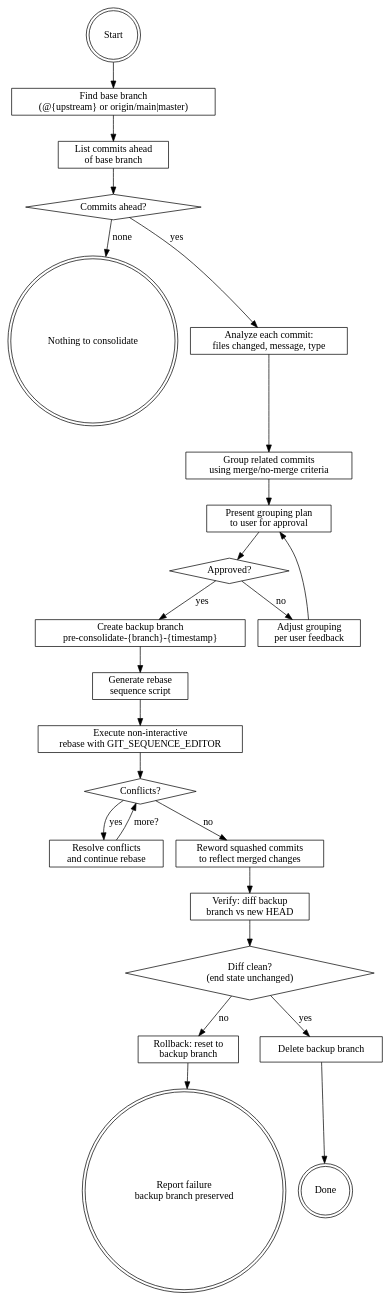
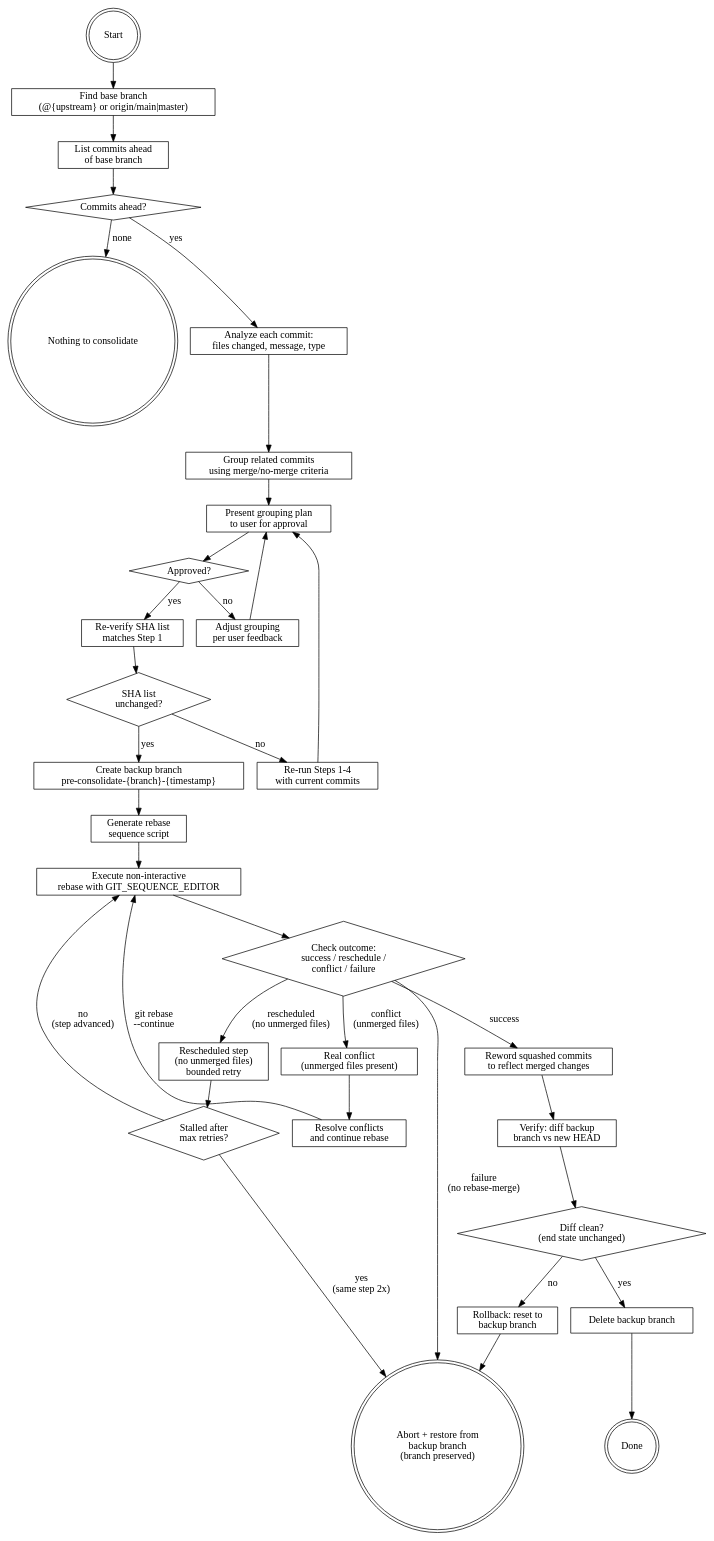
The diagram in consolidate-commits/SKILL.md (razorblade3975/claude-skills), drawn with Graphviz before and after one commit. The commit also changed other lines of this file, not shown here.

First line of the commit message:
update(consolidate-commits): add rescheduling handling and SHA re-verification

````diff
--- a/consolidate-commits/SKILL.md
+++ b/consolidate-commits/SKILL.md
@@ -18,52 +18,68 @@
 ```dot
 digraph consolidate_commits {
     rankdir=TB;
 
     start [label="Start" shape=doublecircle];
     find_base [label="Find base branch\n(@{upstream} or origin/main|master)" shape=box];
     list_commits [label="List commits ahead\nof base branch" shape=box];
     no_commits [label="Nothing to consolidate" shape=doublecircle];
     has_commits [label="Commits ahead?" shape=diamond];
     analyze [label="Analyze each commit:\nfiles changed, message, type" shape=box];
     group [label="Group related commits\nusing merge/no-merge criteria" shape=box];
     present [label="Present grouping plan\nto user for approval" shape=box];
     approved [label="Approved?" shape=diamond];
     adjust [label="Adjust grouping\nper user feedback" shape=box];
+    reverify [label="Re-verify SHA list\nmatches Step 1" shape=box];
+    sha_match [label="SHA list\nunchanged?" shape=diamond];
+    reanalyze [label="Re-run Steps 1-4\nwith current commits" shape=box];
     backup [label="Create backup branch\npre-consolidate-{branch}-{timestamp}" shape=box];
     gen_script [label="Generate rebase\nsequence script" shape=box];
     rebase [label="Execute non-interactive\nrebase with GIT_SEQUENCE_EDITOR" shape=box];
-    conflicts [label="Conflicts?" shape=diamond];
+    check_outcome [label="Check outcome:\nsuccess / reschedule /\nconflict / failure" shape=diamond];
+    reschedule [label="Rescheduled step\n(no unmerged files)\nbounded retry" shape=box];
+    stalled [label="Stalled after\nmax retries?" shape=diamond];
+    conflicts [label="Real conflict\n(unmerged files present)" shape=box];
     resolve [label="Resolve conflicts\nand continue rebase" shape=box];
     reword [label="Reword squashed commits\nto reflect merged changes" shape=box];
     verify [label="Verify: diff backup\nbranch vs new HEAD" shape=box];
     diff_clean [label="Diff clean?\n(end state unchanged)" shape=diamond];
     rollback [label="Rollback: reset to\nbackup branch" shape=box];
     cleanup [label="Delete backup branch" shape=box];
     done [label="Done" shape=doublecircle];
-    failed [label="Report failure\nbackup branch preserved" shape=doublecircle];
+    failed [label="Abort + restore from\nbackup branch\n(branch preserved)" shape=doublecircle];
 
     start -> find_base;
     find_base -> list_commits;
     list_commits -> has_commits;
     has_commits -> no_commits [label="none"];
     has_commits -> analyze [label="yes"];
     analyze -> group;
     group -> present;
     present -> approved;
-    approved -> backup [label="yes"];
+    approved -> reverify [label="yes"];
     approved -> adjust [label="no"];
     adjust -> present;
+    reverify -> sha_match;
+    sha_match -> backup [label="yes"];
+    sha_match -> reanalyze [label="no"];
+    reanalyze -> present;
     backup -> gen_script;
     gen_script -> rebase;
-    rebase -> conflicts;
-    conflicts -> resolve [label="yes"];
-    resolve -> conflicts [label="more?"];
-    conflicts -> reword [label="no"];
+    rebase -> check_outcome;
+    check_outcome -> reschedule [label="rescheduled\n(no unmerged files)"];
+    check_outcome -> conflicts [label="conflict\n(unmerged files)"];
+    check_outcome -> reword [label="success"];
+    check_outcome -> failed [label="failure\n(no rebase-merge)"];
+    reschedule -> stalled;
+    stalled -> rebase [label="no\n(step advanced)"];
+    stalled -> failed [label="yes\n(same step 2x)"];
+    conflicts -> resolve;
+    resolve -> rebase [label="git rebase\n--continue"];
     reword -> verify;
     verify -> diff_clean;
     diff_clean -> cleanup [label="yes"];
     diff_clean -> rollback [label="no"];
     cleanup -> done;
     rollback -> failed;
 }
 ```
````
